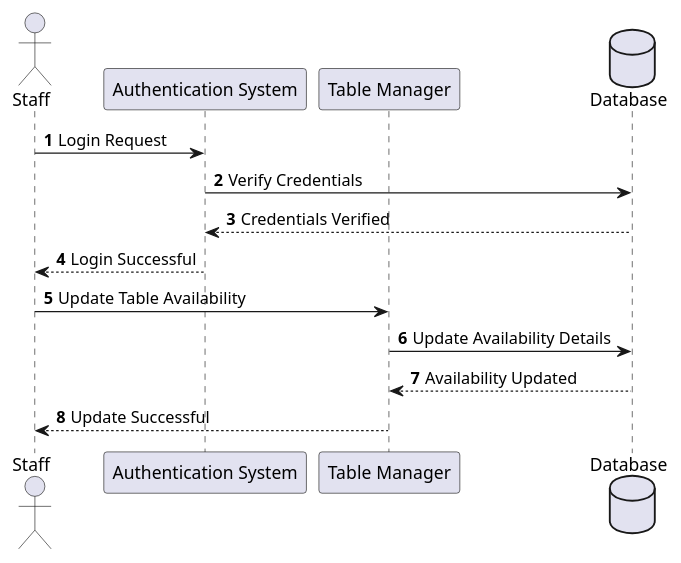
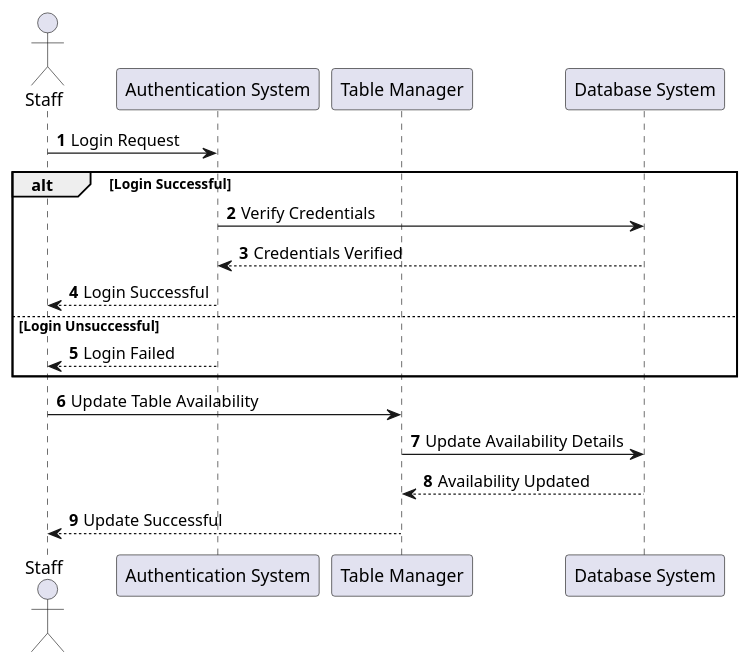
Before and after one commit to Basmalamoustafa/Aura-Restaurant-Management-System: the diagram in resto_sequence2.puml, drawn with PlantUML. The commit also changed 2 other files, not shown here.

Commit message:
Update diagrams

```diff
--- a/resto_sequence2.puml
+++ b/resto_sequence2.puml
@@ -1,20 +1,24 @@
 @startuml
 'https://plantuml.com/sequence-diagram
 
 autonumber
 
 actor Staff
 participant "Authentication System"
 participant "Table Manager"
-database Database
+participant "Database System"
 
 Staff -> "Authentication System": Login Request
-"Authentication System" -> Database: Verify Credentials
-Database --> "Authentication System": Credentials Verified
-"Authentication System" --> Staff: Login Successful
+alt Login Successful
+    "Authentication System" -> "Database System": Verify Credentials
+    "Database System" --> "Authentication System": Credentials Verified
+    "Authentication System" --> Staff: Login Successful
+else Login Unsuccessful
+    "Authentication System" --> Staff: Login Failed
+end
 
 Staff -> "Table Manager": Update Table Availability
-"Table Manager" -> Database: Update Availability Details
-Database --> "Table Manager": Availability Updated
+"Table Manager" -> "Database System": Update Availability Details
+"Database System" --> "Table Manager": Availability Updated
 "Table Manager" --> Staff: Update Successful
 @enduml
```
